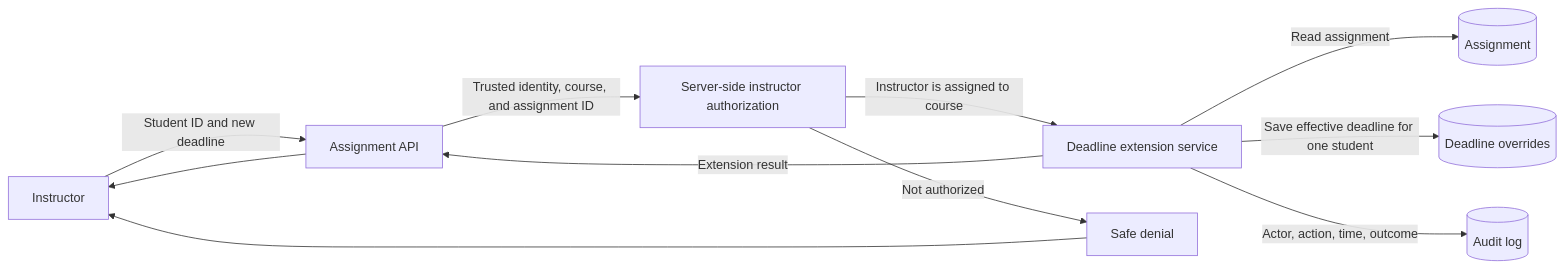
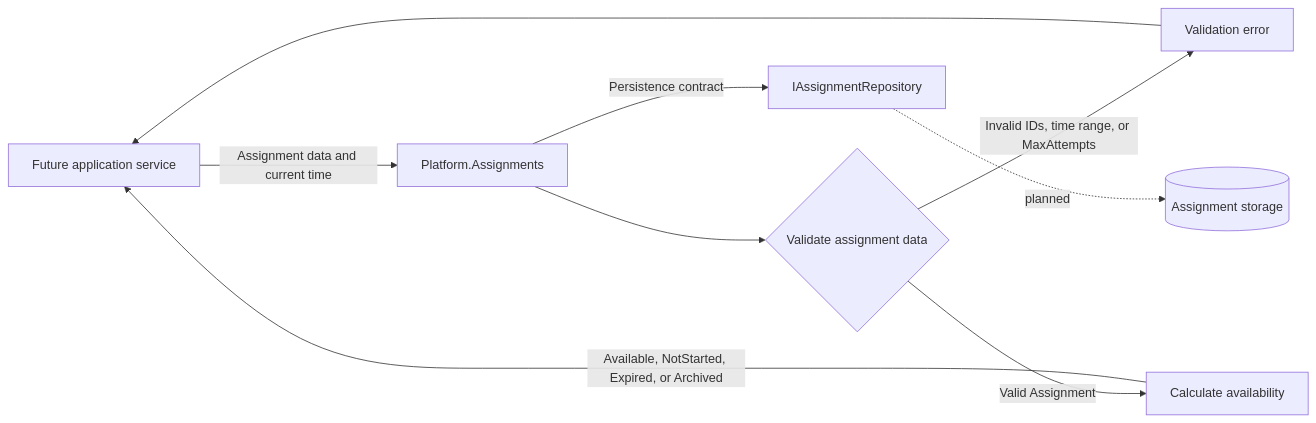
The second of 2 diagrams in docs/components/ASN-04-ASN06-15.md (owlCoder/security-lab), drawn with Mermaid before and after one commit. The commit also changed other lines of this file, not shown here.

````diff
--- a/docs/components/ASN-04-ASN06-15.md
+++ b/docs/components/ASN-04-ASN06-15.md
@@ -90,13 +41,13 @@
 ```mermaid
 flowchart LR
-  I[Instructor] -->|Student ID and new deadline| API[Assignment API]
-  API -->|Trusted identity, course, and assignment ID| ACCESS[Server-side instructor authorization]
-  ACCESS -->|Instructor is assigned to course| EXT[Deadline extension service]
-  ACCESS -->|Not authorized| DENY[Safe denial]
-  EXT -->|Read assignment| ASSIGNMENT[(Assignment)]
-  EXT -->|Save effective deadline for one student| OVERRIDE[(Deadline overrides)]
-  EXT -->|Actor, action, time, outcome| AUDIT[(Audit log)]
-  EXT -->|Extension result| API
-  API --> I
-  DENY --> I
+  CALLER[Future application service] -->|Assignment data and current time| DOMAIN[Platform.Assignments]
+
+  DOMAIN --> VALIDATE{Validate assignment data}
+  VALIDATE -->|Invalid IDs, time range, or MaxAttempts| REJECT[Validation error]
+  VALIDATE -->|Valid Assignment| AVAILABILITY[Calculate availability]
+
+  AVAILABILITY -->|Available, NotStarted, Expired, or Archived| CALLER
+  DOMAIN -->|Persistence contract| REPOSITORY[IAssignmentRepository]
+  REPOSITORY -. planned .-> STORE[(Assignment storage)]
+  REJECT --> CALLER
 ```
````
